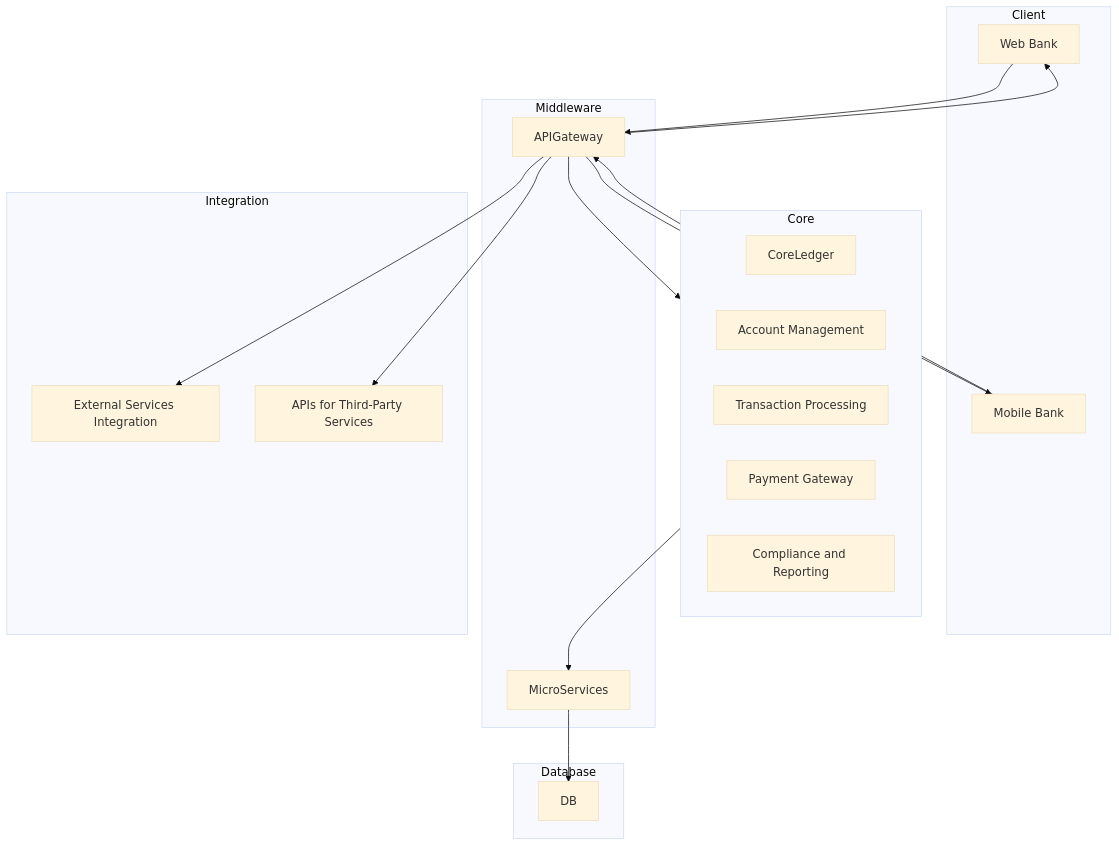
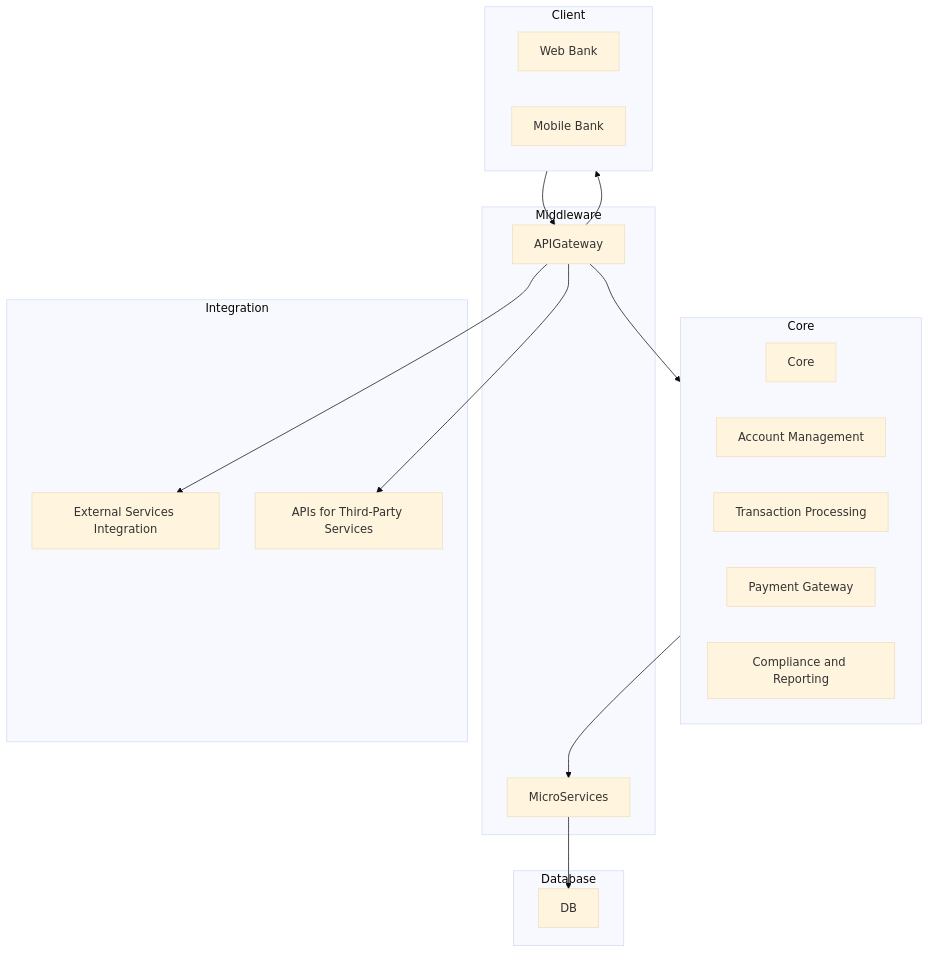
One commit to LucasAssisPereira/Banco changed the diagram in docs/components.md. Above: the diagram before and after it, drawn with Mermaid (base theme).

Commit message:
[docs] fix graph

````diff
--- a/docs/components.md
+++ b/docs/components.md
@@ -12,44 +12,42 @@
 ```mermaid
 graph TD
   subgraph Client
       WebApp[Web Bank]
       MobileApp[Mobile Bank]
   end
 
   subgraph Core
-      Ledger[CoreLedger]
+      Ledger[Core]
       AccountManagement[Account Management]
       TransactionProcessing[Transaction Processing]
       PaymentGateway[Payment Gateway]
       ComplianceReporting[Compliance and Reporting]
   end
 
   subgraph Middleware
       APIGateway[APIGateway]
       Microservices[MicroServices]
   end
 
   subgraph Database
       Postgres[DB]
   end
 
   subgraph Integration
       ExternalServices[External Services Integration]
       APIs[APIs for Third-Party Services]
   end
 
-  WebApp --> APIGateway
-  MobileApp --> APIGateway
-
-  APIGateway --> WebApp
-  APIGateway --> MobileApp
+  Client --> APIGateway
 
   APIGateway --> Core
 
   Core --> Microservices  
 
   Microservices --> Postgres
 
   APIGateway --> ExternalServices
   APIGateway --> APIs
+
+  APIGateway --> Client
 ```
````
